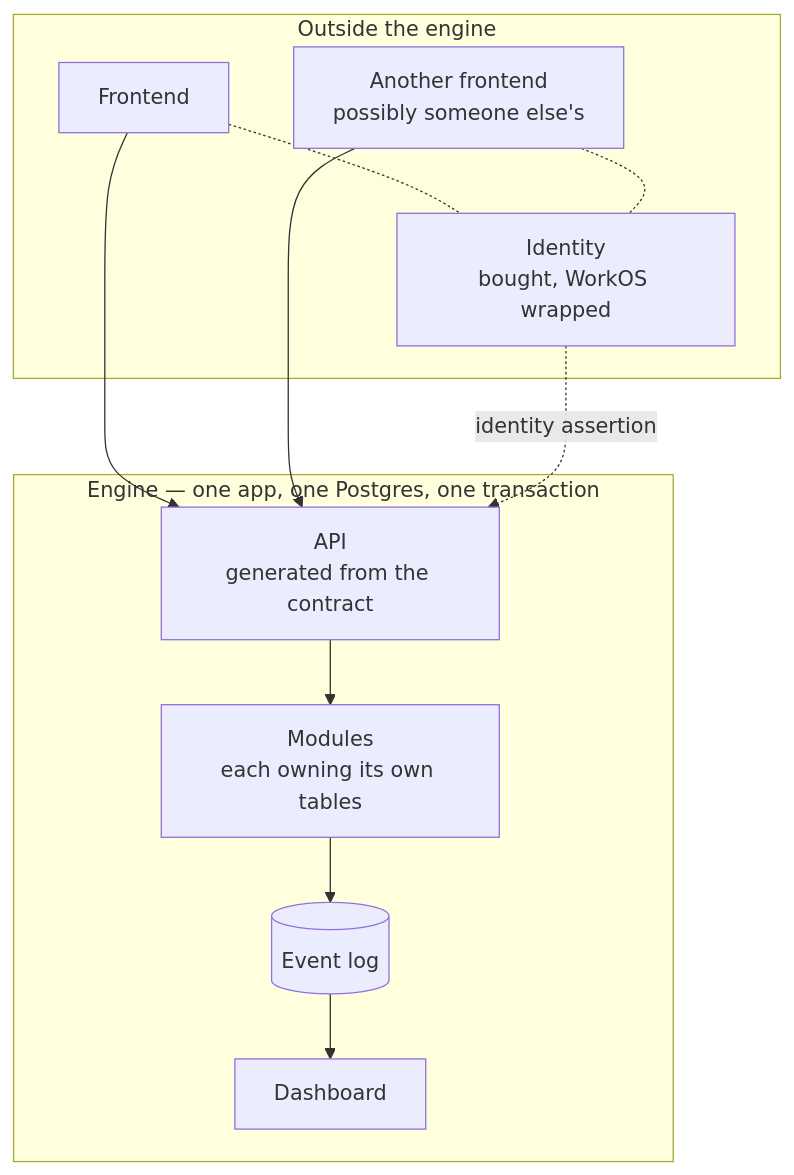
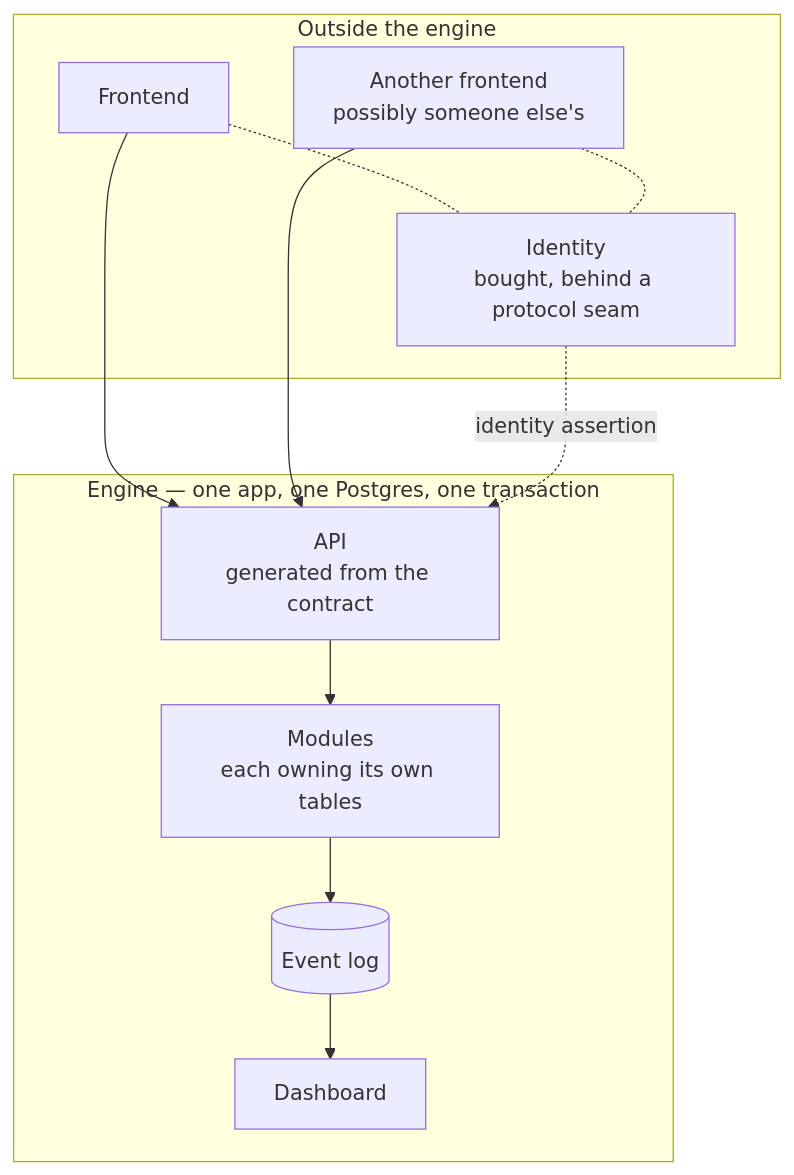
One commit to EmpoweredHouse/ehos_contract changed the fourth of 4 diagrams in docs/adr/architecture.md. Above: the diagram before and after it, drawn with Mermaid. The commit also changed other lines of this file and 2 other files, not shown here.

````diff
--- a/docs/adr/architecture.md
+++ b/docs/adr/architecture.md
@@ -240,24 +240,24 @@
 ```mermaid
 flowchart TB
     subgraph outside["Outside the engine"]
-        ID["Identity<br/>bought, WorkOS wrapped"]
+        ID["Identity<br/>bought, behind a protocol seam"]
         F1["Frontend"]
         F2["Another frontend<br/>possibly someone else's"]
     end
 
     subgraph eng["Engine — one app, one Postgres, one transaction"]
         API["API<br/>generated from the contract"]
         MOD["Modules<br/>each owning its own tables"]
         LOG[("Event log")]
         DASH["Dashboard"]
     end
 
     F1 --> API
     F2 --> API
     F1 -.- ID
     F2 -.- ID
     ID -. "identity assertion" .-> API
     API --> MOD
     MOD --> LOG
     LOG --> DASH
 ```
````
